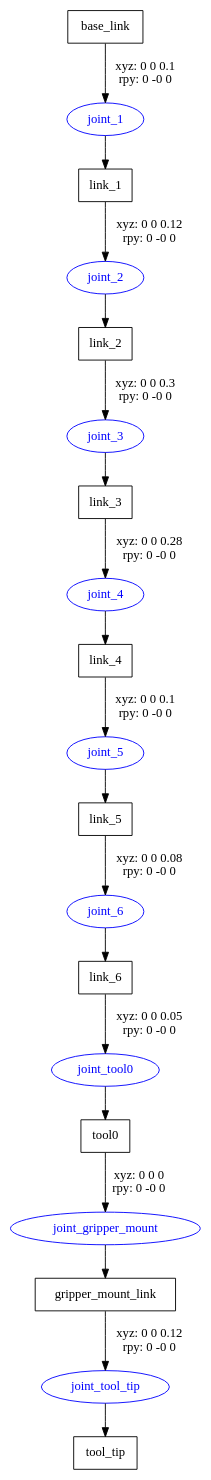
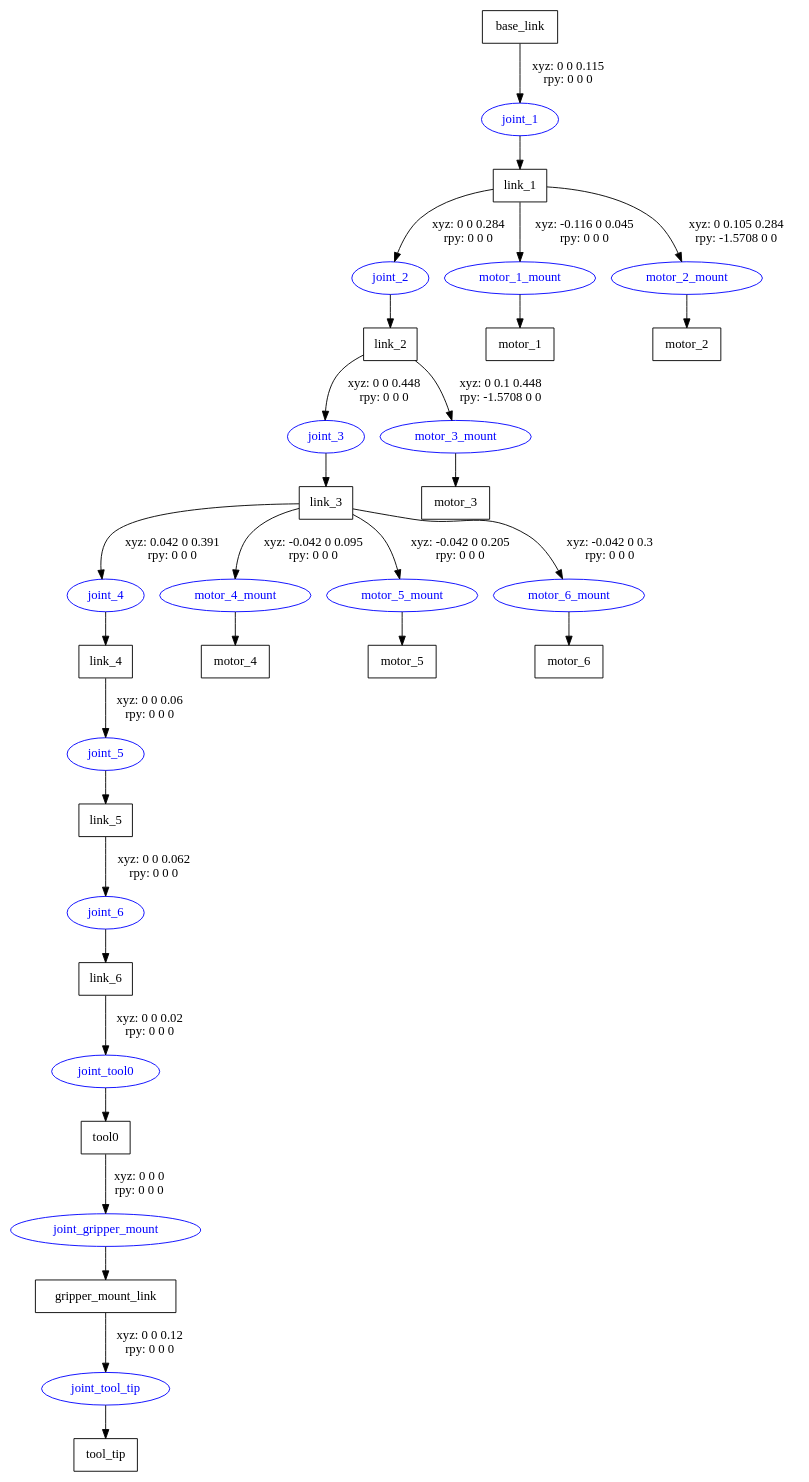
The diagram in robot_arm_ws/robot_arm.gv (Mengkungkao/RobotArm), drawn with Graphviz before and after one commit. The commit also changed 2 other files, not shown here.

First paragraph of the commit message:
Pin the launch-condition invariant and refresh the stale link graph
Two follow-ups to the bugs that only surfaced on a real run.

```diff
--- a/robot_arm_ws/robot_arm.gv
+++ b/robot_arm_ws/robot_arm.gv
@@ -1,32 +1,50 @@
 digraph G {
 node [shape=box];
 "base_link" [label="base_link"];
 "link_1" [label="link_1"];
 "link_2" [label="link_2"];
 "link_3" [label="link_3"];
 "link_4" [label="link_4"];
 "link_5" [label="link_5"];
 "link_6" [label="link_6"];
 "tool0" [label="tool0"];
+"motor_1" [label="motor_1"];
+"motor_2" [label="motor_2"];
+"motor_3" [label="motor_3"];
+"motor_4" [label="motor_4"];
+"motor_5" [label="motor_5"];
+"motor_6" [label="motor_6"];
 "gripper_mount_link" [label="gripper_mount_link"];
 "tool_tip" [label="tool_tip"];
 node [shape=ellipse, color=blue, fontcolor=blue];
-"base_link" -> "joint_1" [label="xyz: 0 0 0.1 \nrpy: 0 -0 0"]
+"base_link" -> "joint_1" [label="xyz: 0 0 0.115 \nrpy: 0 0 0"]
 "joint_1" -> "link_1"
-"link_1" -> "joint_2" [label="xyz: 0 0 0.12 \nrpy: 0 -0 0"]
+"link_1" -> "joint_2" [label="xyz: 0 0 0.284 \nrpy: 0 0 0"]
 "joint_2" -> "link_2"
-"link_2" -> "joint_3" [label="xyz: 0 0 0.3 \nrpy: 0 -0 0"]
+"link_2" -> "joint_3" [label="xyz: 0 0 0.448 \nrpy: 0 0 0"]
 "joint_3" -> "link_3"
-"link_3" -> "joint_4" [label="xyz: 0 0 0.28 \nrpy: 0 -0 0"]
+"link_3" -> "joint_4" [label="xyz: 0.042 0 0.391 \nrpy: 0 0 0"]
 "joint_4" -> "link_4"
-"link_4" -> "joint_5" [label="xyz: 0 0 0.1 \nrpy: 0 -0 0"]
+"link_4" -> "joint_5" [label="xyz: 0 0 0.06 \nrpy: 0 0 0"]
 "joint_5" -> "link_5"
-"link_5" -> "joint_6" [label="xyz: 0 0 0.08 \nrpy: 0 -0 0"]
+"link_5" -> "joint_6" [label="xyz: 0 0 0.062 \nrpy: 0 0 0"]
 "joint_6" -> "link_6"
-"link_6" -> "joint_tool0" [label="xyz: 0 0 0.05 \nrpy: 0 -0 0"]
+"link_6" -> "joint_tool0" [label="xyz: 0 0 0.02 \nrpy: 0 0 0"]
 "joint_tool0" -> "tool0"
-"tool0" -> "joint_gripper_mount" [label="xyz: 0 0 0 \nrpy: 0 -0 0"]
+"link_1" -> "motor_1_mount" [label="xyz: -0.116 0 0.045 \nrpy: 0 0 0"]
+"motor_1_mount" -> "motor_1"
+"link_1" -> "motor_2_mount" [label="xyz: 0 0.105 0.284 \nrpy: -1.5708 0 0"]
+"motor_2_mount" -> "motor_2"
+"link_2" -> "motor_3_mount" [label="xyz: 0 0.1 0.448 \nrpy: -1.5708 0 0"]
+"motor_3_mount" -> "motor_3"
+"link_3" -> "motor_4_mount" [label="xyz: -0.042 0 0.095 \nrpy: 0 0 0"]
+"motor_4_mount" -> "motor_4"
+"link_3" -> "motor_5_mount" [label="xyz: -0.042 0 0.205 \nrpy: 0 0 0"]
+"motor_5_mount" -> "motor_5"
+"link_3" -> "motor_6_mount" [label="xyz: -0.042 0 0.3 \nrpy: 0 0 0"]
+"motor_6_mount" -> "motor_6"
+"tool0" -> "joint_gripper_mount" [label="xyz: 0 0 0 \nrpy: 0 0 0"]
 "joint_gripper_mount" -> "gripper_mount_link"
-"gripper_mount_link" -> "joint_tool_tip" [label="xyz: 0 0 0.12 \nrpy: 0 -0 0"]
+"gripper_mount_link" -> "joint_tool_tip" [label="xyz: 0 0 0.12 \nrpy: 0 0 0"]
 "joint_tool_tip" -> "tool_tip"
 }
```
